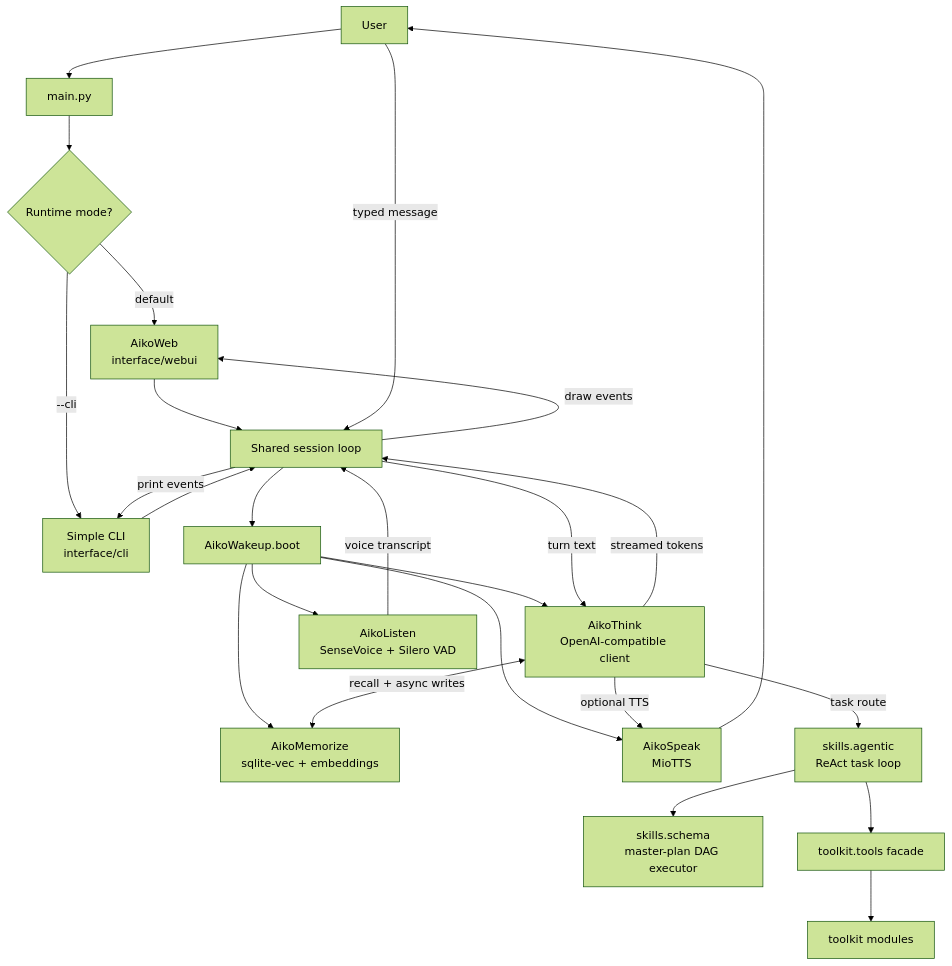
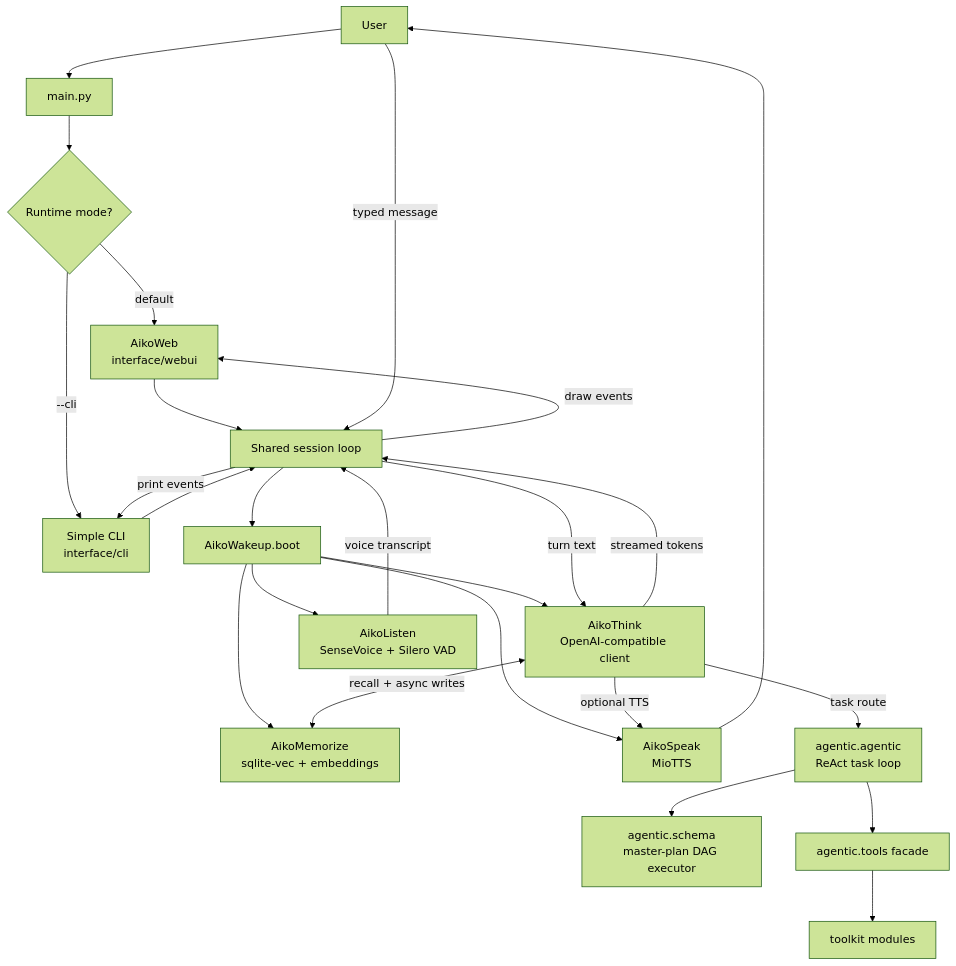
Before and after one commit to OppaAI/Aiko-chan: the first of 5 diagrams in docs/ARCHITECTURE.md, drawn with Mermaid (forest theme). The commit also changed other lines of this file and 47 other files, not shown here.

````diff
--- a/docs/ARCHITECTURE.md
+++ b/docs/ARCHITECTURE.md
@@ -41,30 +41,30 @@
 ```mermaid
 flowchart TD
     User[User] --> Entry[main.py]
     Entry --> Choice{Runtime mode?}
     Choice -->|default| WebUI[AikoWeb\ninterface/webui]
     Choice -->|--cli| CLI[Simple CLI\ninterface/cli]
 
     WebUI --> Session[Shared session loop]
     CLI --> Session
 
     Session --> Wakeup[AikoWakeup.boot]
     Wakeup --> Think[AikoThink\nOpenAI-compatible client]
     Wakeup --> Memory[AikoMemorize\nsqlite-vec + embeddings]
     Wakeup --> Speak[AikoSpeak\nMioTTS]
     Wakeup --> Listen[AikoListen\nSenseVoice + Silero VAD]
 
     Listen -->|voice transcript| Session
     User -->|typed message| Session
     Session -->|turn text| Think
     Think <-->|recall + async writes| Memory
-    Think -->|task route| Agentic[skills.agentic\nReAct task loop]
-    Agentic --> Schema[skills.schema\nmaster-plan DAG executor]
-    Agentic --> Tools[toolkit.tools facade]
+    Think -->|task route| Agentic[agentic.agentic\nReAct task loop]
+    Agentic --> Schema[agentic.schema\nmaster-plan DAG executor]
+    Agentic --> Tools[agentic.tools facade]
     Tools --> Toolkit[toolkit modules]
     Think -->|streamed tokens| Session
     Session -->|draw events| WebUI
     Session -->|print events| CLI
     Think -->|optional TTS| Speak
     Speak --> User
 ```
````
